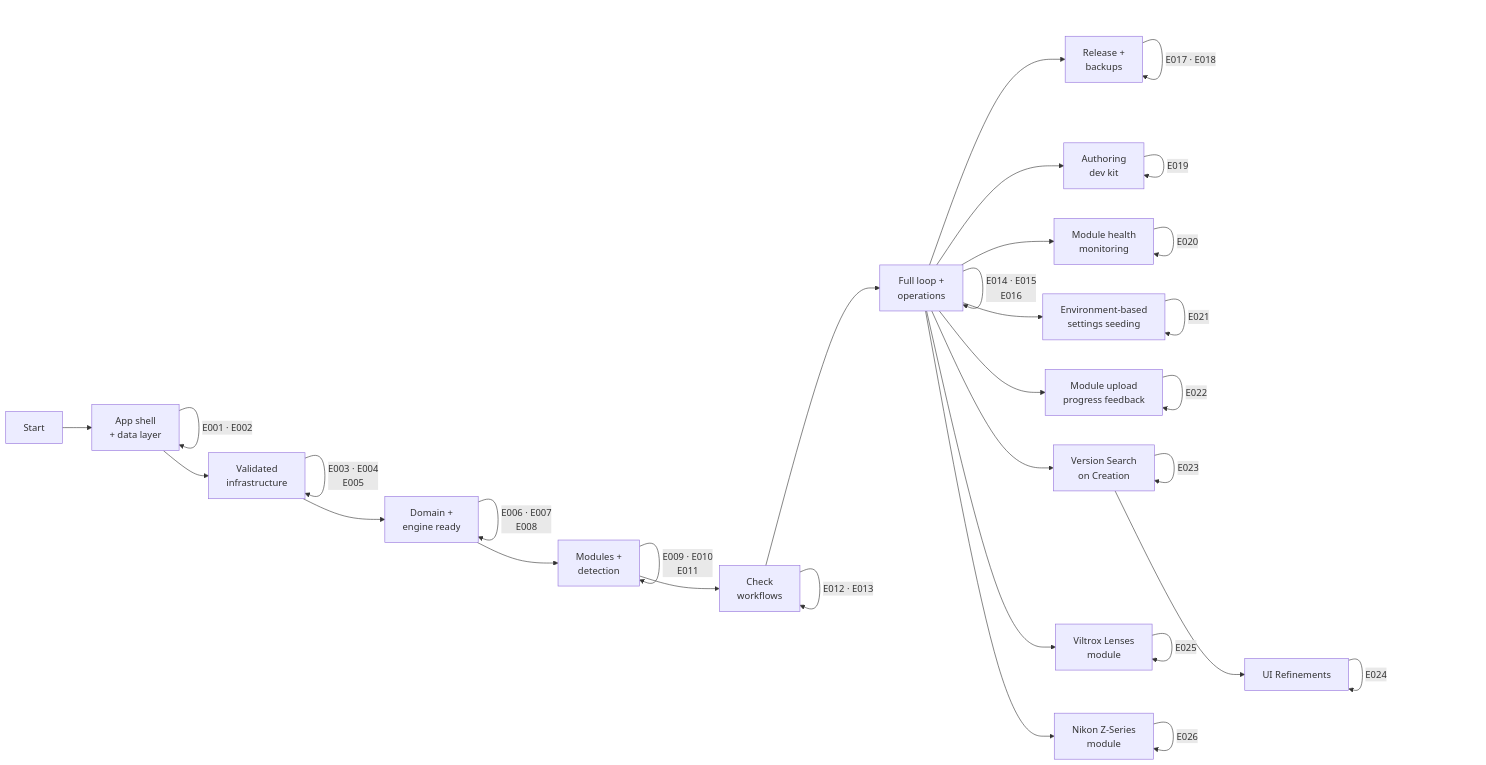
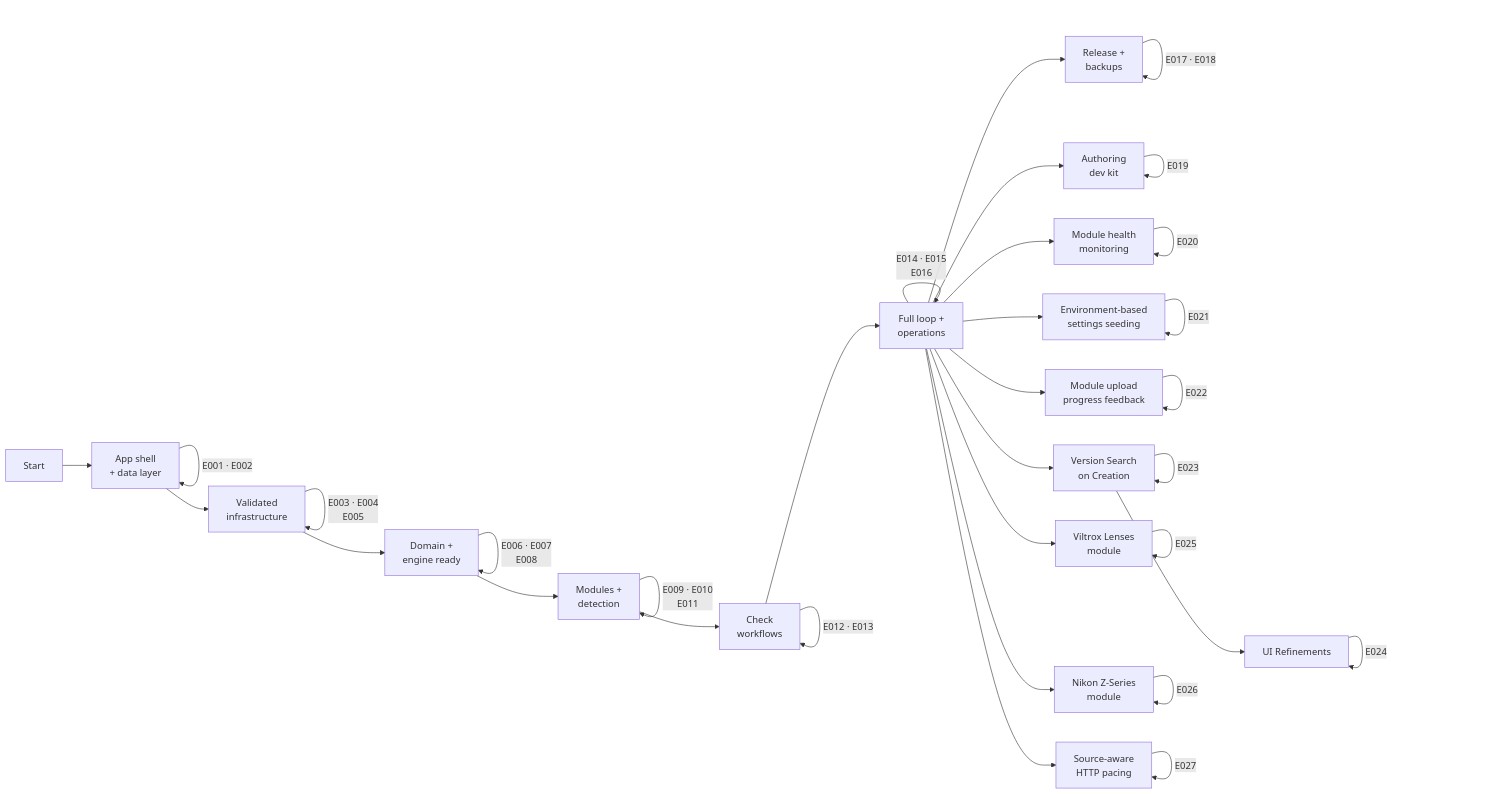
One commit to attilaszasz/Binocular changed the diagram in specs/project-plan.md. Above: the diagram before and after it, drawn with Mermaid. The commit also changed other lines of this file and 43 other files, not shown here.

Commit message:
feat(backend): E027 source-aware HTTP pacing

````diff
--- a/specs/project-plan.md
+++ b/specs/project-plan.md
@@ -122,46 +128,49 @@
 ```mermaid
 graph LR
     START["Start"] --> M1["App shell<br>+ data layer"]
     M1 -->|"E001 · E002"| M1
 
     M1 --> M2["Validated<br>infrastructure"]
     M2 -->|"E003 · E004<br>E005"| M2
 
     M2 --> M3["Domain +<br>engine ready"]
     M3 -->|"E006 · E007<br>E008"| M3
 
     M3 --> M4["Modules +<br>detection"]
     M4 -->|"E009 · E010<br>E011"| M4
 
     M4 --> M5["Check<br>workflows"]
     M5 -->|"E012 · E013"| M5
 
     M5 --> M6["Full loop +<br>operations"]
     M6 -->|"E014 · E015<br>E016"| M6
 
     M6 --> M7["Release +<br>backups"]
     M7 -->|"E017 · E018"| M7
 
     M6 --> M8["Authoring<br>dev kit"]
     M8 -->|"E019"| M8
 
     M6 --> M9["Module health<br>monitoring"]
     M9 -->|"E020"| M9
 
     M6 --> M10["Environment-based<br>settings seeding"]
     M10 -->|"E021"| M10
 
     M6 --> M11["Module upload<br>progress feedback"]
     M11 -->|"E022"| M11
 
     M6 --> M12["Version Search<br>on Creation"]
     M12 -->|"E023"| M12
     M12 --> M13["UI Refinements"]
     M13 -->|"E024"| M13
 
     M6 --> M14["Viltrox Lenses<br>module"]
     M14 -->|"E025"| M14
 
     M6 --> M15["Nikon Z-Series<br>module"]
     M15 -->|"E026"| M15
+
+    M6 --> M16["Source-aware<br>HTTP pacing"]
+    M16 -->|"E027"| M16
 ```
````
